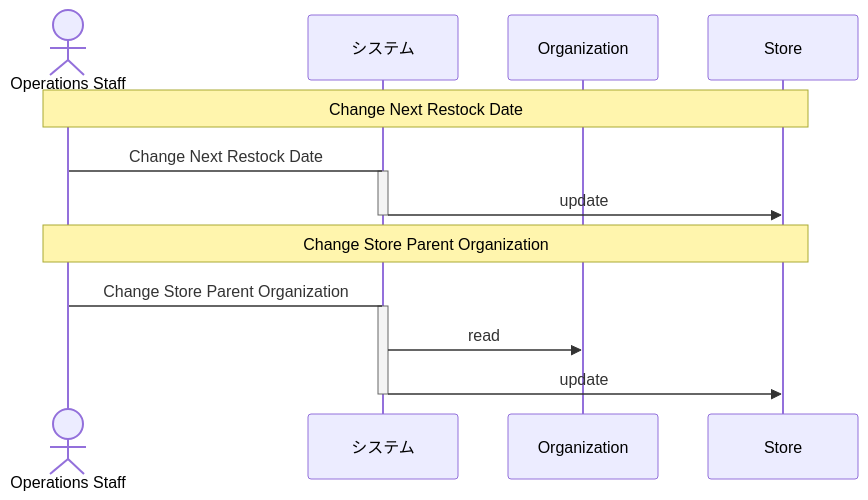
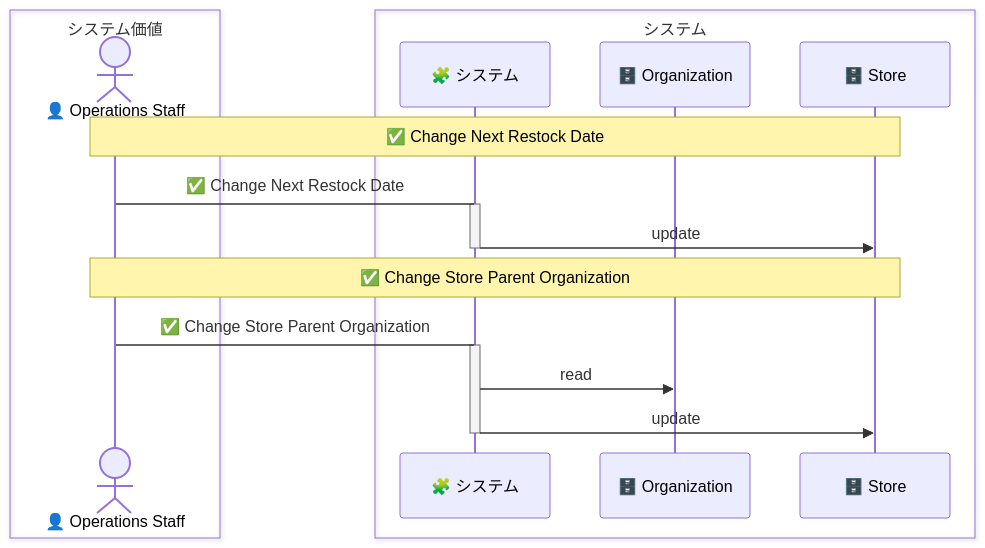
One commit to manji-0/rdra-ish-dsl changed the second of 3 diagrams in samples/incremental-order/step-2-data-touchpoints/design.md. Above: the diagram before and after it, drawn with Mermaid. The commit also changed other lines of this file and 114 other files, not shown here.

Commit message:
feat: update rdra diagram layering

````diff
--- a/samples/incremental-order/step-2-data-touchpoints/design.md
+++ b/samples/incremental-order/step-2-data-touchpoints/design.md
@@ -73,20 +73,24 @@
 ```mermaid
 sequenceDiagram
-  actor OpsStaff as Operations Staff
-  participant System as システム
-  participant Organization as Organization
-  participant Store as Store
+  box システム価値
+    actor OpsStaff as 👤 Operations Staff
+  end
+  box システム
+    participant System as 🧩 システム
+    participant Organization as 🗄️ Organization
+    participant Store as 🗄️ Store
+  end
 
-  Note over OpsStaff,Store: Change Next Restock Date
-  OpsStaff->System: Change Next Restock Date
+  Note over OpsStaff,Store: ✅ Change Next Restock Date
+  OpsStaff->System: ✅ Change Next Restock Date
   activate System
   System->>Store: update
   deactivate System
 
-  Note over OpsStaff,Store: Change Store Parent Organization
-  OpsStaff->System: Change Store Parent Organization
+  Note over OpsStaff,Store: ✅ Change Store Parent Organization
+  OpsStaff->System: ✅ Change Store Parent Organization
   activate System
   System->>Organization: read
   System->>Store: update
   deactivate System
 ```
````
